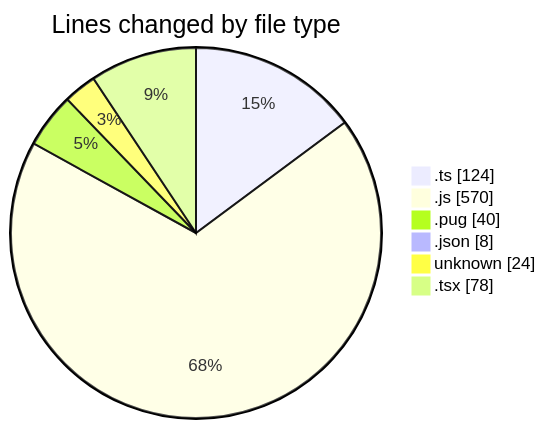
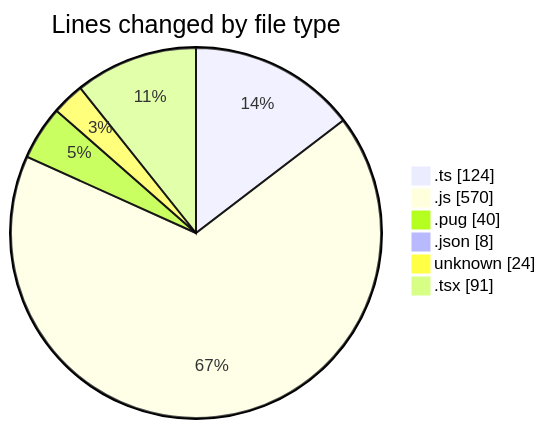
The first of 2 diagrams in 2025-02-25/cda/README.md (momahboobian/code-tracking), drawn with Mermaid before and after one commit. The commit also changed other lines of this file and 1 other file, not shown here.

````diff
--- a/2025-02-25/cda/README.md
+++ b/2025-02-25/cda/README.md
@@ -29,10 +29,10 @@
 ```mermaid
 pie showData
 title Lines changed by file type
 ".ts" : 124
 ".js" : 570
 ".pug" : 40
 ".json" : 8
 "unknown" : 24
-".tsx" : 78
+".tsx" : 91
 ```
````
